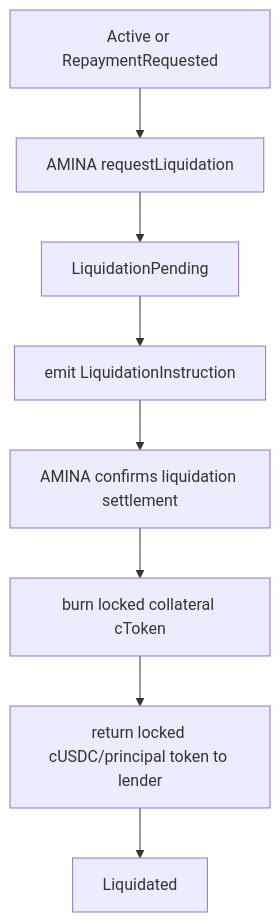
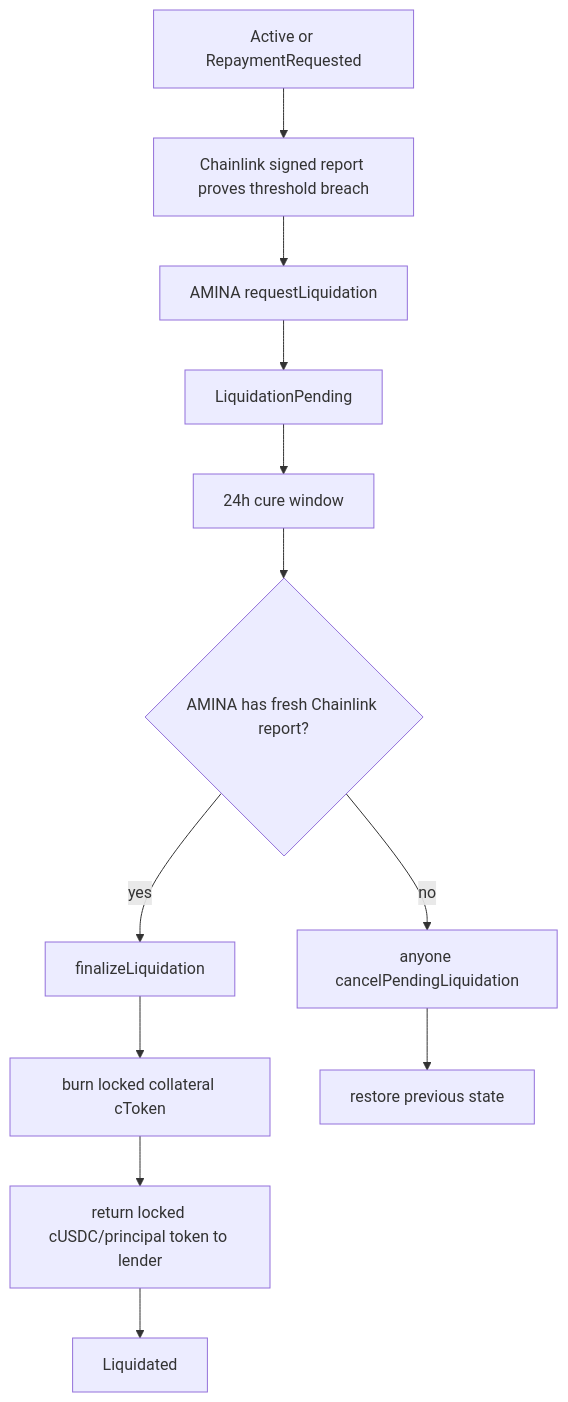
The seventh of 10 diagrams in docs/Triora-sc-implementation-plan-simplified.md (sanbir/P2PxAmina), drawn with Mermaid before and after one commit. The commit also changed other lines of this file and 4 other files, not shown here.

````diff
--- a/docs/Triora-sc-implementation-plan-simplified.md
+++ b/docs/Triora-sc-implementation-plan-simplified.md
@@ -294,10 +319,14 @@
 ```mermaid
 flowchart TD
-    A[Active or RepaymentRequested] --> B[AMINA requestLiquidation]
-    B --> C[LiquidationPending]
-    C --> D[emit LiquidationInstruction]
-    D --> E[AMINA confirms liquidation settlement]
-    E --> F[burn locked collateral cToken]
-    F --> G[return locked cUSDC/principal token to lender]
-    G --> H[Liquidated]
+    A[Active or RepaymentRequested] --> B[Chainlink signed report proves threshold breach]
+    B --> C[AMINA requestLiquidation]
+    C --> D[LiquidationPending]
+    D --> E[24h cure window]
+    E --> F{AMINA has fresh Chainlink report?}
+    F -- yes --> G[finalizeLiquidation]
+    G --> H[burn locked collateral cToken]
+    H --> I[return locked cUSDC/principal token to lender]
+    I --> J[Liquidated]
+    F -- no --> K[anyone cancelPendingLiquidation]
+    K --> L[restore previous state]
 ```
````
